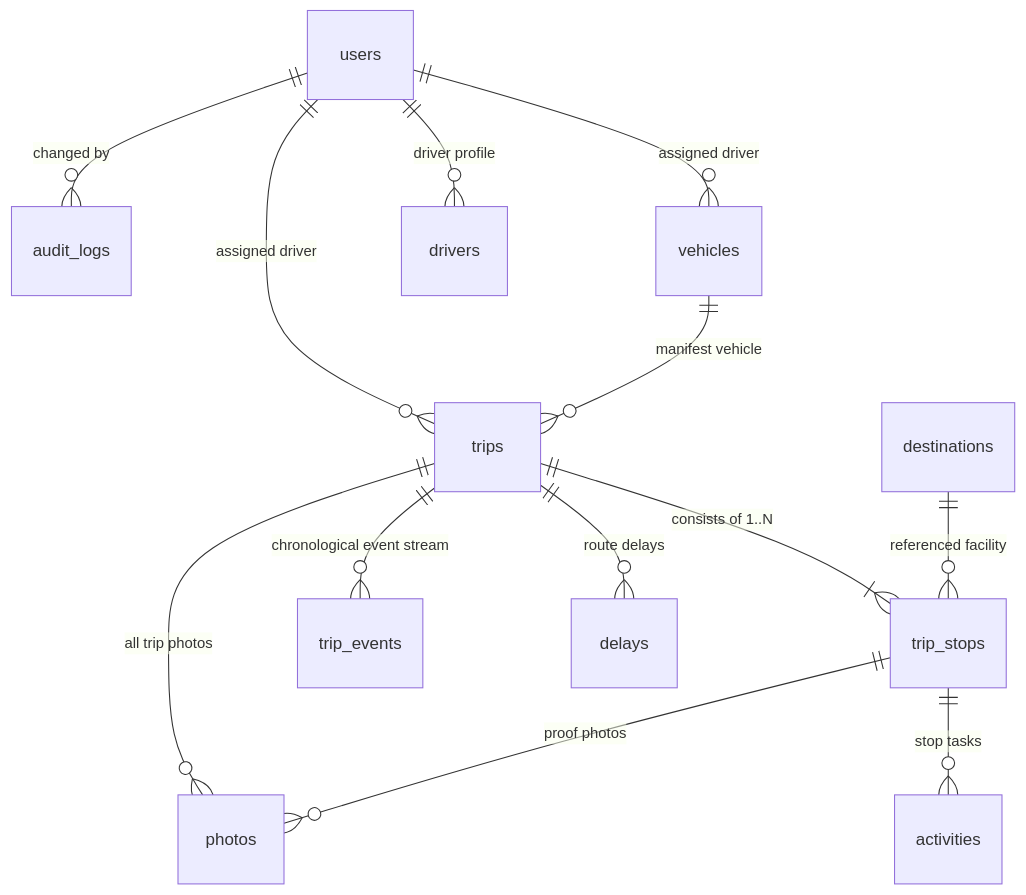
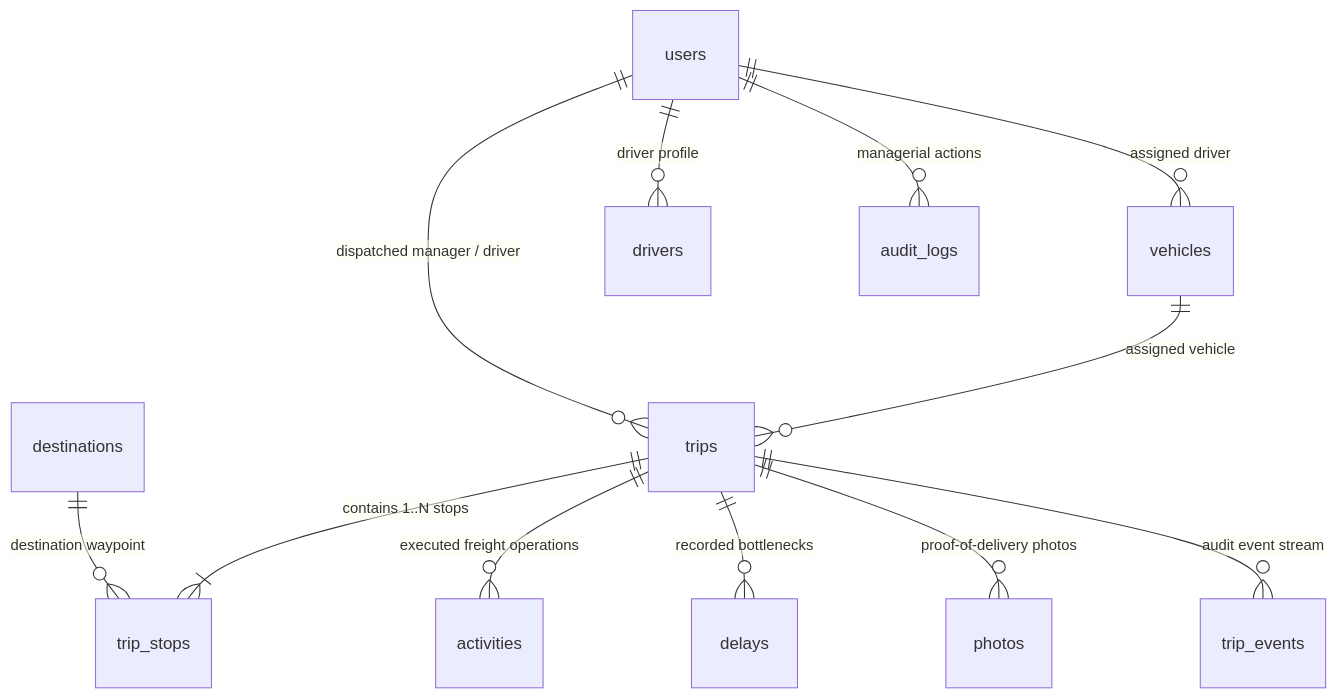
One commit to Nixxzzzzz/truck_tracker changed the diagram in docs/architecture/dependency-and-data-model-map.md. Above: the diagram before and after it, drawn with Mermaid. The commit also changed other lines of this file and 7 other files, not shown here.

Commit message:
docs: complete commercial audit updates for ola maps visualizer, enterprise apk, and zero-mock architecture

````diff
--- a/docs/architecture/dependency-and-data-model-map.md
+++ b/docs/architecture/dependency-and-data-model-map.md
@@ -32,15 +32,14 @@
 ```mermaid
 erDiagram
     users ||--o{ vehicles : "assigned driver"
     users ||--o{ drivers : "driver profile"
-    users ||--o{ trips : "assigned driver"
-    users ||--o{ audit_logs : "changed by"
-    vehicles ||--o{ trips : "manifest vehicle"
-    trips ||--|{ trip_stops : "consists of 1..N"
-    destinations ||--o{ trip_stops : "referenced facility"
-    trip_stops ||--o{ activities : "stop tasks"
-    trip_stops ||--o{ photos : "proof photos"
-    trips ||--o{ delays : "route delays"
-    trips ||--o{ trip_events : "chronological event stream"
-    trips ||--o{ photos : "all trip photos"
+    users ||--o{ trips : "dispatched manager / driver"
+    vehicles ||--o{ trips : "assigned vehicle"
+    destinations ||--o{ trip_stops : "destination waypoint"
+    trips ||--|{ trip_stops : "contains 1..N stops"
+    trips ||--o{ activities : "executed freight operations"
+    trips ||--o{ delays : "recorded bottlenecks"
+    trips ||--o{ photos : "proof-of-delivery photos"
+    trips ||--o{ trip_events : "audit event stream"
+    users ||--o{ audit_logs : "managerial actions"
 ```
````
